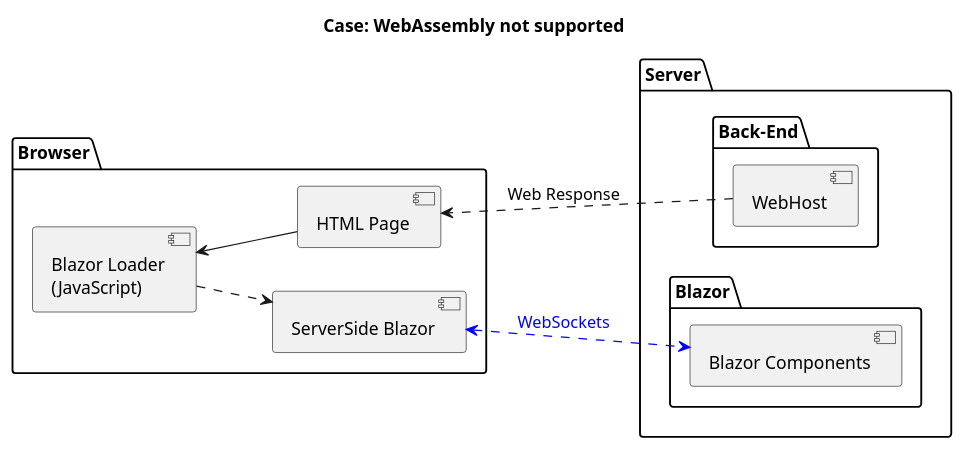
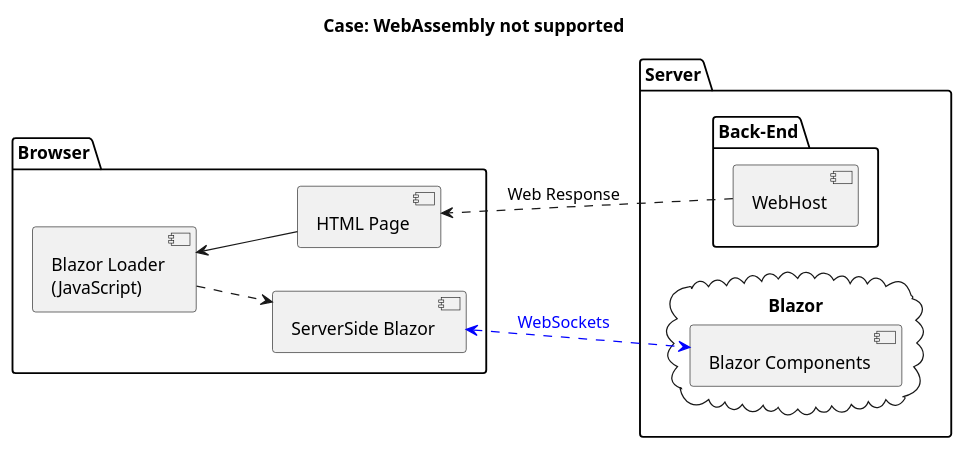
Before and after one commit to isc30/instant-blazor: the diagram in doc/diagrams/NotWasm-Components.puml, drawn with PlantUML. The commit also changed 1 other file, not shown here.

Commit message:
blazor is a cloud

```diff
--- a/doc/diagrams/NotWasm-Components.puml
+++ b/doc/diagrams/NotWasm-Components.puml
@@ -1,34 +1,32 @@
 @startuml
 
 title Case: WebAssembly not supported
 
 skinparam componentStyle uml2
 left to right direction
 
 package "Server" {
 
-    package "Blazor" {
+    cloud "Blazor" {
         component "Blazor Components" as BlazorComponents
     }
 
     package "Back-End" as BackEnd {
         component "WebHost" as Host
     }
 
 }
 
-package "Browser" as FrontEnd {
-
+package "Browser" {
     component "HTML Page" as Html
     component "Blazor Loader\n(JavaScript)" as Loader
     component "ServerSide Blazor" as BlazorServer
-
 }
 
 Host .> Html : Web Response
 Loader <-- Html
 
 Loader ..> BlazorServer
 BlazorServer <.[#blue].> BlazorComponents : <color blue>WebSockets</color>
 
 @enduml
```
